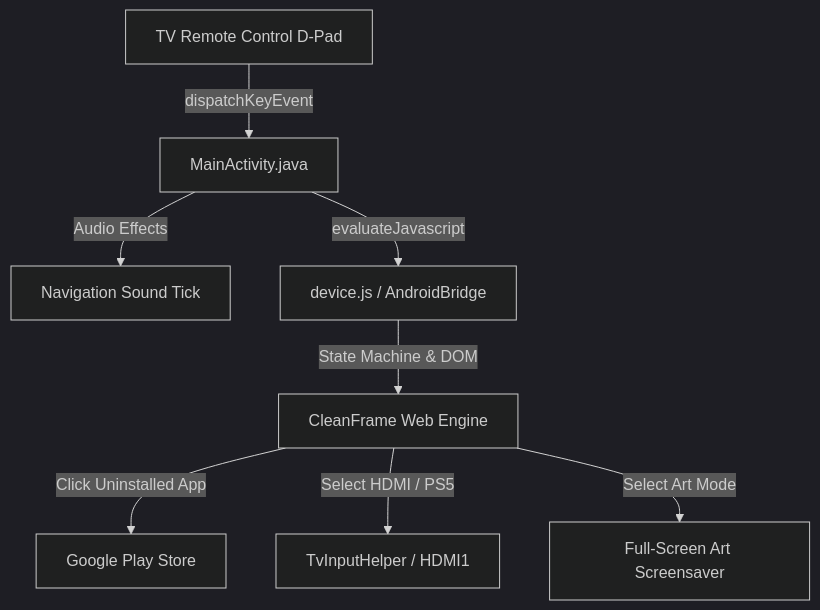
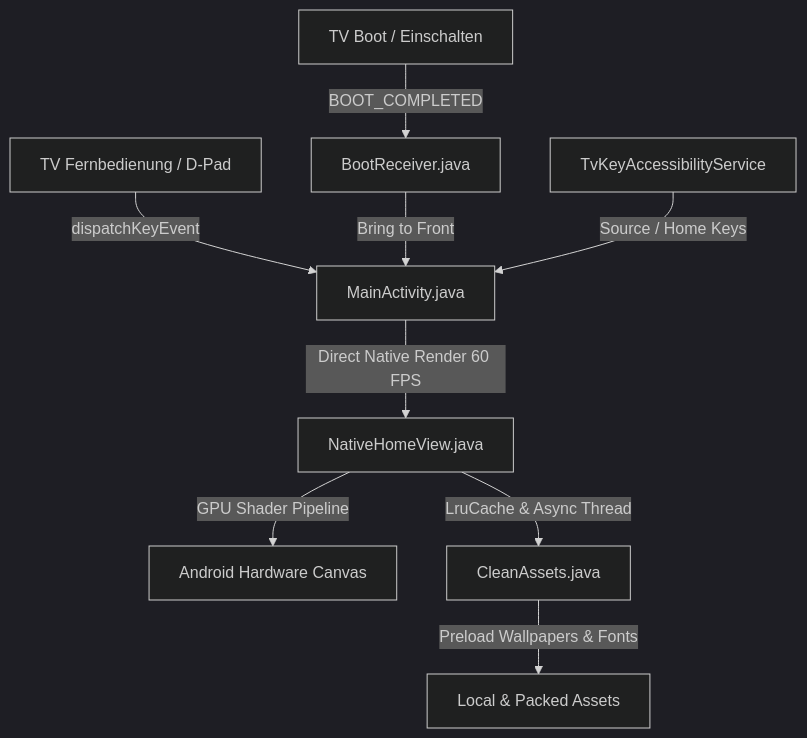
Before and after one commit to LaurinEngelen/Custom-CleanFrame-AndroidTV: the diagram in README.md, drawn with Mermaid (dark theme). The commit also changed other lines of this file, not shown here.

Commit message:
Update README.md with 100% native architecture, Apple Liquid Glass, clock customization, and boot autostart documentation

````diff
--- a/README.md
+++ b/README.md
@@ -73,10 +81,11 @@
 ```mermaid
 flowchart TD
-    Remote[TV Remote Control D-Pad] -->|dispatchKeyEvent| NativeHost[MainActivity.java]
-    NativeHost -->|Audio Effects| SoundPool[Navigation Sound Tick]
-    NativeHost -->|evaluateJavascript| Bridge[device.js / AndroidBridge]
-    Bridge -->|State Machine & DOM| WebEngine[CleanFrame Web Engine]
-    WebEngine -->|Click Uninstalled App| PlayStore[Google Play Store]
-    WebEngine -->|Select HDMI / PS5| TvInput[TvInputHelper / HDMI1]
-    WebEngine -->|Select Art Mode| ArtMode[Full-Screen Art Screensaver]
+    Remote[TV Fernbedienung / D-Pad] -->|dispatchKeyEvent| MainActivity[MainActivity.java]
+    MainActivity -->|Direct Native Render 60 FPS| NativeView[NativeHomeView.java]
+    NativeView -->|GPU Shader Pipeline| Canvas[Android Hardware Canvas]
+    NativeView -->|LruCache & Async Thread| Assets[CleanAssets.java]
+    Assets -->|Preload Wallpapers & Fonts| AssetStorage[Local & Packed Assets]
+    Boot[TV Boot / Einschalten] -->|BOOT_COMPLETED| BootReceiver[BootReceiver.java]
+    BootReceiver -->|Bring to Front| MainActivity
+    Accessibility[TvKeyAccessibilityService] -->|Source / Home Keys| MainActivity
 ```
````
